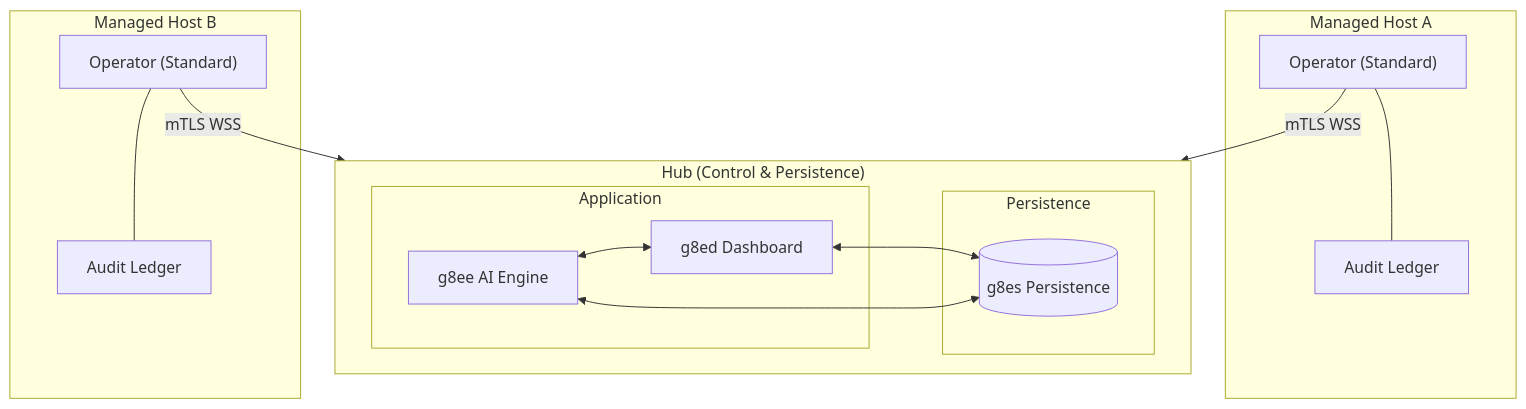
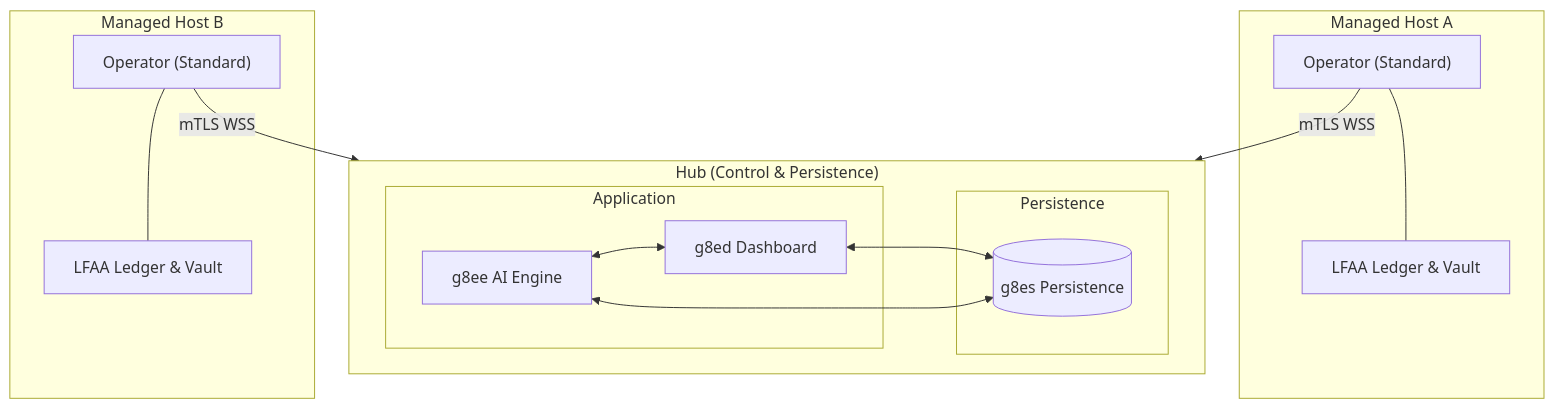
Before and after one commit to g8e-ai/g8e: the diagram in docs/architecture/operator.md, drawn with Mermaid. The commit also changed other lines of this file and 896 other files, not shown here.

First line of the commit message:
v0.2.0 - Protobuf-First Architecture + L1/L2/L3 Governance + Recursive Grep Tool + Tribunal 2.0 Pipeline (#45)

````diff
--- a/docs/architecture/operator.md
+++ b/docs/architecture/operator.md
@@ -21,29 +25,29 @@
 ```mermaid
 flowchart TD
     subgraph Hub ["Hub (Control & Persistence)"]
         direction LR
         subgraph App ["Application"]
             g8ed["g8ed Dashboard"]
             g8ee["g8ee AI Engine"]
             g8ee <--> g8ed
         end
 
         subgraph Data ["Persistence"]
             g8es[("g8es Persistence")]
         end
 
         g8ed <--> g8es
         g8ee <--> g8es
     end
 
     subgraph EP_A ["Managed Host A"]
-        OPA["Operator (Standard)"] --- LGA["Audit Ledger"]
+        OPA["Operator (Standard)"] --- LFAA_A["LFAA Ledger & Vault"]
     end
 
     subgraph EP_B ["Managed Host B"]
-        OPB["Operator (Standard)"] --- LGB["Audit Ledger"]
+        OPB["Operator (Standard)"] --- LFAA_B["LFAA Ledger & Vault"]
     end
 
     OPA -- "mTLS WSS" --> g8ed
     OPB -- "mTLS WSS" --> g8ed
 ```
````
